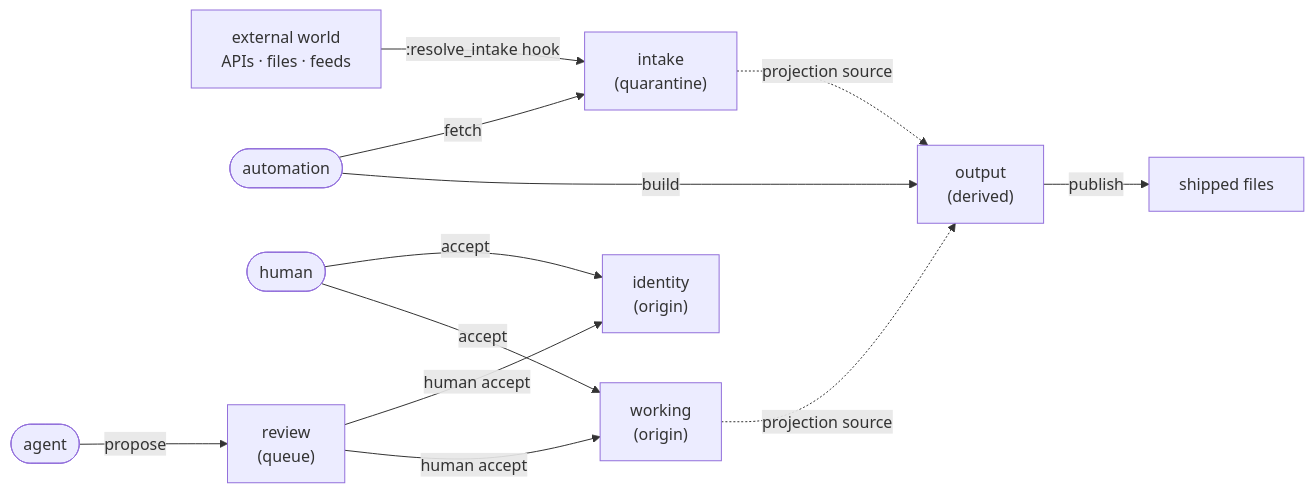
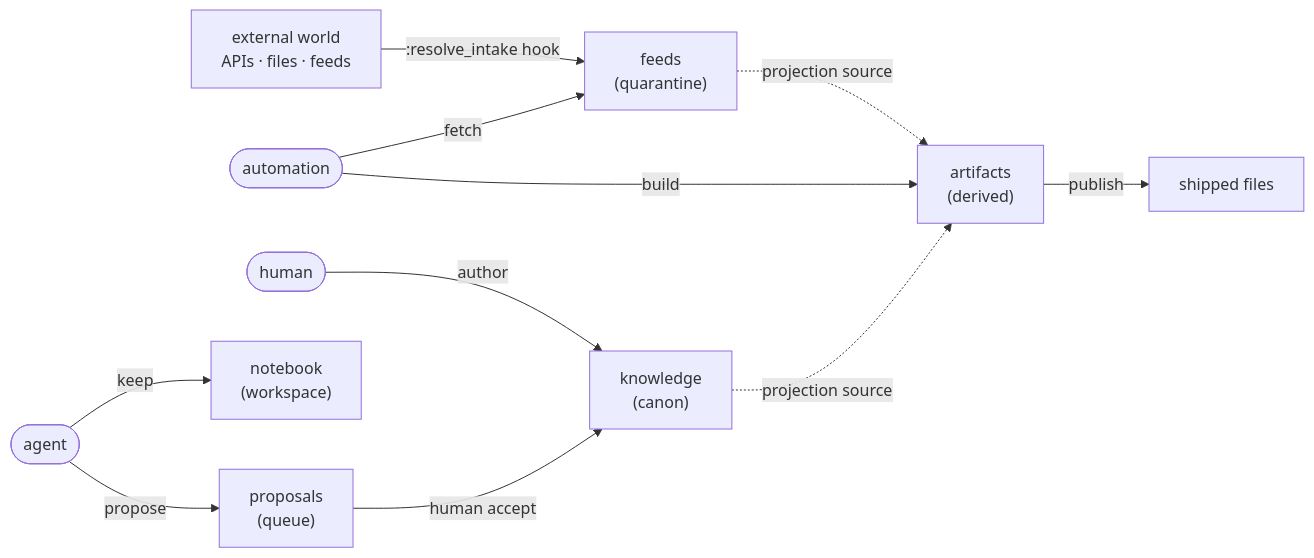
The diagram in docs/zones.md (patrick204nqh/textus), drawn with Mermaid before and after one commit. The commit also changed other lines of this file and 153 other files, not shown here.

First line of the commit message:
textus 0.33.0 — complete primitive set (workspace + keep) + vocabulary (ADR 0031→0033) (#103)

````diff
--- a/docs/zones.md
+++ b/docs/zones.md
@@ -28,14 +28,13 @@
 ```mermaid
 flowchart LR
-    ext["external world<br/>APIs · files · feeds"] -->|:resolve_intake hook| intake["intake<br/>(quarantine)"]
-    automation(["automation"]) -->|fetch| intake
-    human(["human"]) -->|accept| identity["identity<br/>(origin)"]
-    human -->|accept| working["working<br/>(origin)"]
-    agent(["agent"]) -->|propose| review["review<br/>(queue)"]
-    review -->|human accept| identity
-    review -->|human accept| working
-    automation -->|build| output["output<br/>(derived)"]
-    intake -.->|projection source| output
-    working -.->|projection source| output
-    output -->|publish| files["shipped files"]
+    ext["external world<br/>APIs · files · feeds"] -->|:resolve_intake hook| feeds["feeds<br/>(quarantine)"]
+    automation(["automation"]) -->|fetch| feeds
+    human(["human"]) -->|author| knowledge["knowledge<br/>(canon)"]
+    agent(["agent"]) -->|keep| notebook["notebook<br/>(workspace)"]
+    agent -->|propose| proposals["proposals<br/>(queue)"]
+    proposals -->|human accept| knowledge
+    automation -->|build| artifacts["artifacts<br/>(derived)"]
+    feeds -.->|projection source| artifacts
+    knowledge -.->|projection source| artifacts
+    artifacts -->|publish| files["shipped files"]
 ```
````
